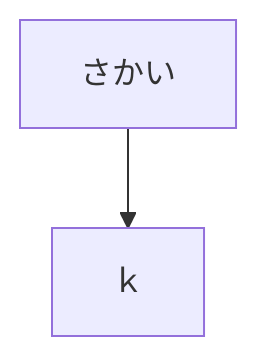
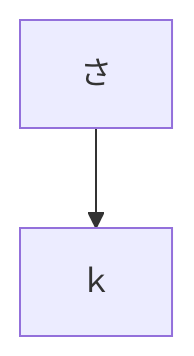
Before and after one commit to sakkke/quickflow: the diagram in docs/flowchart.md, drawn with Mermaid.

Commit message:
flowchart変更

````diff
--- a/docs/flowchart.md
+++ b/docs/flowchart.md
@@ -1,4 +1,4 @@
 ```mermaid
 flowchart TD
-    A[さかい] --> B[ｋ]
+    A[さ] --> B[ｋ]
 ```
````
